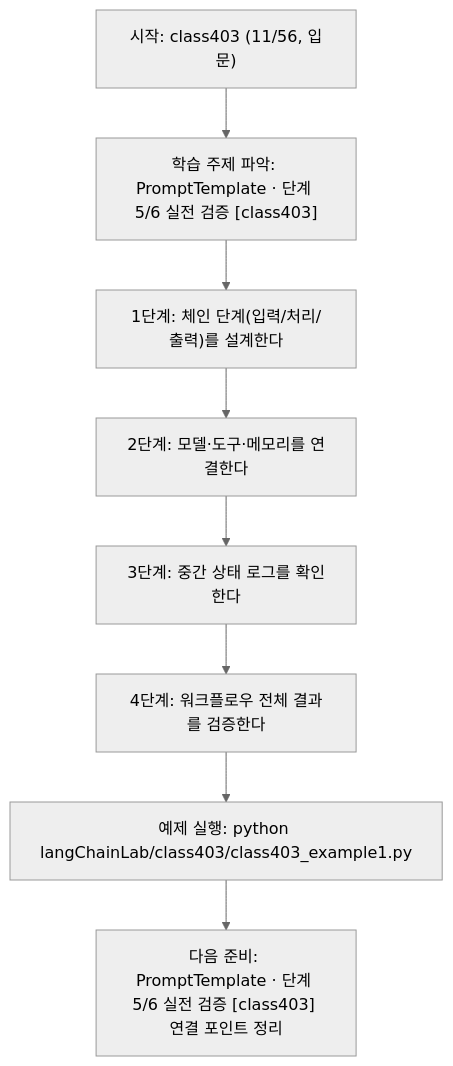
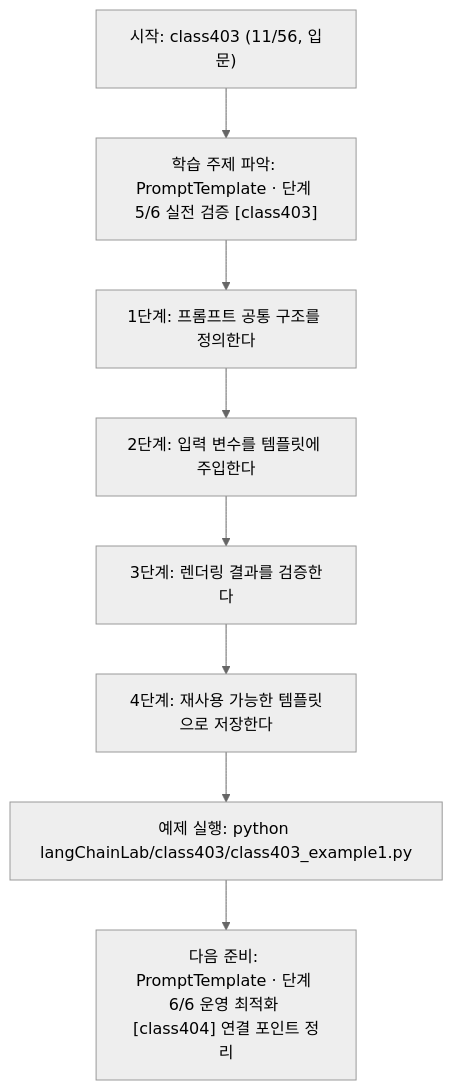
One commit to edumgt/Python-AI_Agent-Class changed the diagram in langChainLab/class403/class403.md. Above: the diagram before and after it, drawn with Mermaid (neutral theme). The commit also changed other lines of this file and 395 other files, not shown here.

````diff
--- a/langChainLab/class403/class403.md
+++ b/langChainLab/class403/class403.md
@@ -108,18 +90,18 @@
 ```mermaid
 flowchart TD
 N1["시작: class403 (11/56, 입문)"]
 N2["학습 주제 파악: PromptTemplate · 단계 5/6 실전 검증 [class403]"]
-N3["1단계: 체인 단계(입력/처리/출력)를 설계한다"]
-N4["2단계: 모델·도구·메모리를 연결한다"]
-N5["3단계: 중간 상태 로그를 확인한다"]
-N6["4단계: 워크플로우 전체 결과를 검증한다"]
+N3["1단계: 프롬프트 공통 구조를 정의한다"]
+N4["2단계: 입력 변수를 템플릿에 주입한다"]
+N5["3단계: 렌더링 결과를 검증한다"]
+N6["4단계: 재사용 가능한 템플릿으로 저장한다"]
 N7["예제 실행: python langChainLab/class403/class403_example1.py"]
-N8["다음 준비: PromptTemplate · 단계 5/6 실전 검증 [class403] 연결 포인트 정리"]
+N8["다음 준비: PromptTemplate · 단계 6/6 운영 최적화 [class404] 연결 포인트 정리"]
 N1 --> N2
 N2 --> N3
 N3 --> N4
 N4 --> N5
 N5 --> N6
 N6 --> N7
 N7 --> N8
 ```
````
